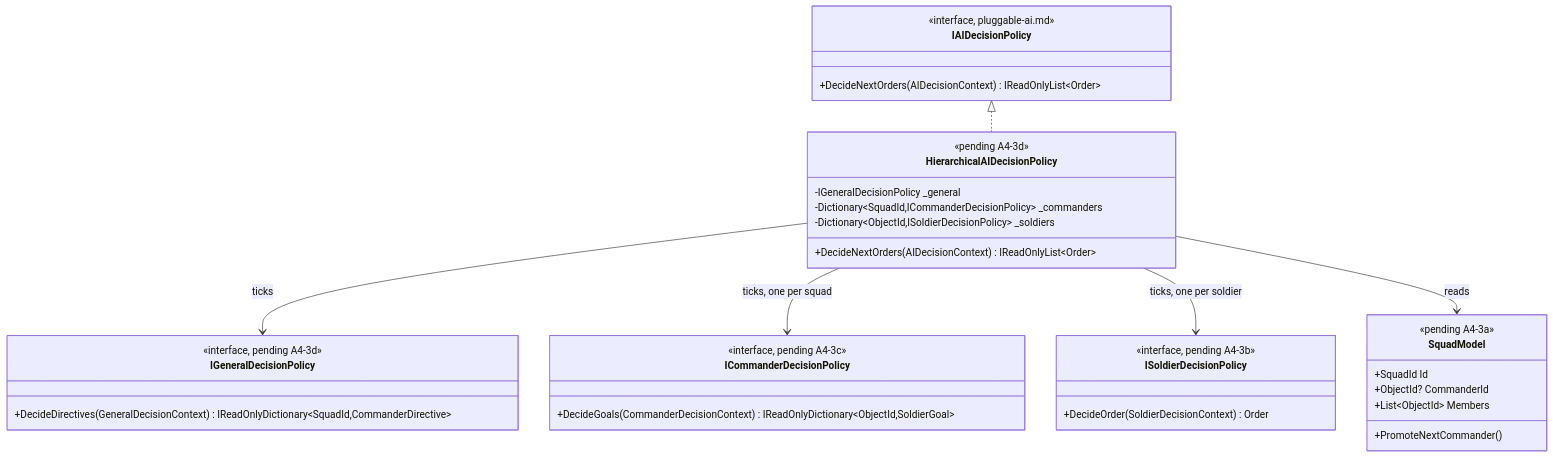
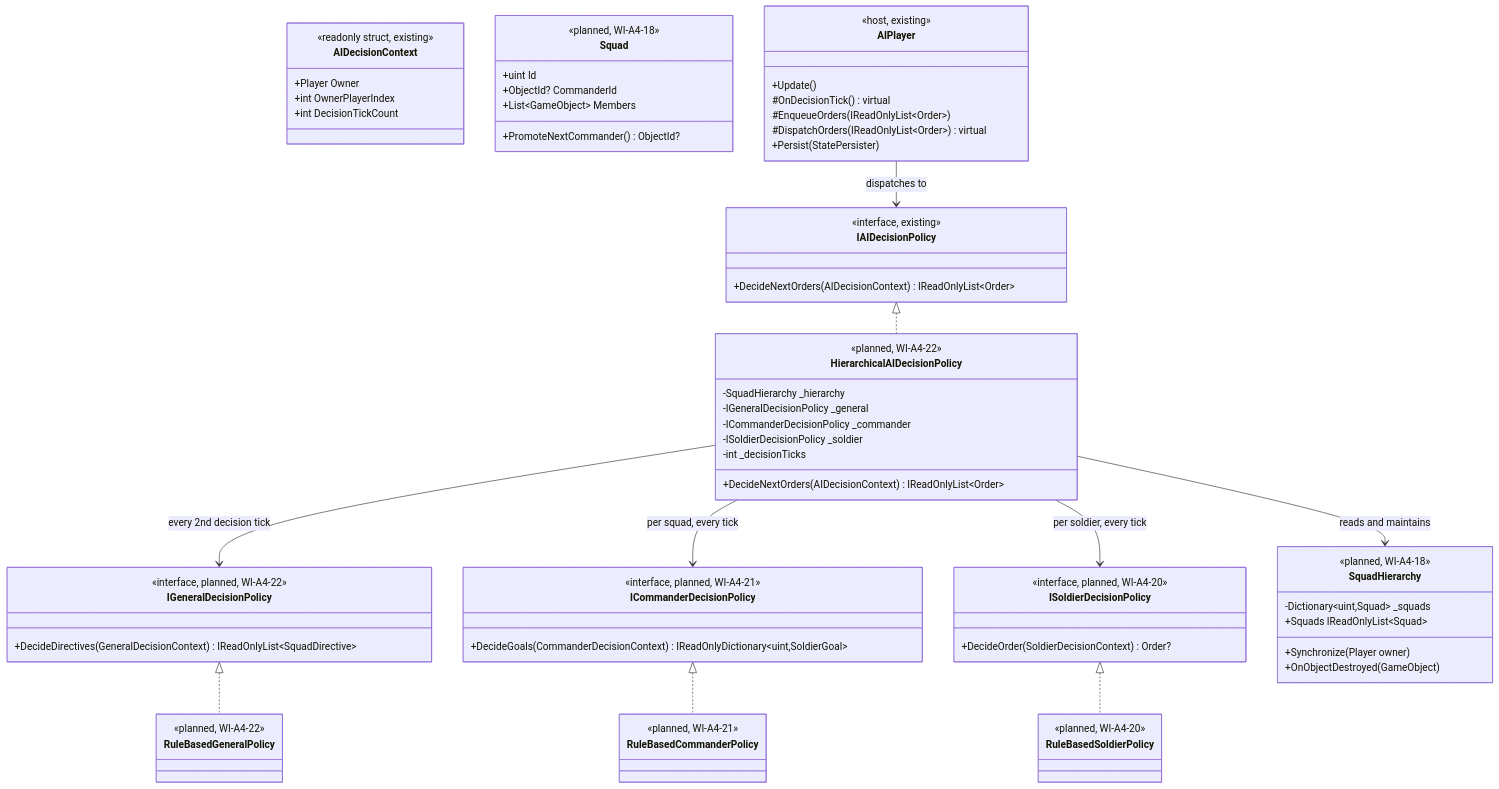
Before and after one commit to rmessinger/Panopticon: the first of 2 diagrams in docs/roadmap/deep-dives/a4-decentralized-hierarchical-ai.md, drawn with Mermaid. The commit also changed other lines of this file and 1 other file, not shown here.

Commit message:
WI-A4-17: ground hierarchical AI design and diagrams

````diff
--- a/docs/roadmap/deep-dives/a4-decentralized-hierarchical-ai.md
+++ b/docs/roadmap/deep-dives/a4-decentralized-hierarchical-ai.md
@@ -268,44 +289,84 @@
 ```mermaid
 classDiagram
   class IAIDecisionPolicy {
-    <<interface, pluggable-ai.md>>
+    <<interface, existing>>
     +DecideNextOrders(AIDecisionContext) IReadOnlyList~Order~
   }
 
+  class AIDecisionContext {
+    <<readonly struct, existing>>
+    +Player Owner
+    +int OwnerPlayerIndex
+    +int DecisionTickCount
+  }
+
   class HierarchicalAIDecisionPolicy {
-    <<pending A4-3d>>
+    <<planned, WI-A4-22>>
+    -SquadHierarchy _hierarchy
     -IGeneralDecisionPolicy _general
-    -Dictionary~SquadId,ICommanderDecisionPolicy~ _commanders
-    -Dictionary~ObjectId,ISoldierDecisionPolicy~ _soldiers
+    -ICommanderDecisionPolicy _commander
+    -ISoldierDecisionPolicy _soldier
+    -int _decisionTicks
     +DecideNextOrders(AIDecisionContext) IReadOnlyList~Order~
   }
 
   class IGeneralDecisionPolicy {
-    <<interface, pending A4-3d>>
-    +DecideDirectives(GeneralDecisionContext) IReadOnlyDictionary~SquadId,CommanderDirective~
+    <<interface, planned, WI-A4-22>>
+    +DecideDirectives(GeneralDecisionContext) IReadOnlyList~SquadDirective~
   }
 
   class ICommanderDecisionPolicy {
-    <<interface, pending A4-3c>>
-    +DecideGoals(CommanderDecisionContext) IReadOnlyDictionary~ObjectId,SoldierGoal~
+    <<interface, planned, WI-A4-21>>
+    +DecideGoals(CommanderDecisionContext) IReadOnlyDictionary~uint,SoldierGoal~
   }
 
   class ISoldierDecisionPolicy {
-    <<interface, pending A4-3b>>
-    +DecideOrder(SoldierDecisionContext) Order
+    <<interface, planned, WI-A4-20>>
+    +DecideOrder(SoldierDecisionContext) Order?
   }
 
-  class SquadModel {
-    <<pending A4-3a>>
-    +SquadId Id
+  class SquadHierarchy {
+    <<planned, WI-A4-18>>
+    -Dictionary~uint,Squad~ _squads
+    +Synchronize(Player owner)
+    +OnObjectDestroyed(GameObject)
+    +Squads IReadOnlyList~Squad~
+  }
+
+  class Squad {
+    <<planned, WI-A4-18>>
+    +uint Id
     +ObjectId? CommanderId
-    +List~ObjectId~ Members
-    +PromoteNextCommander()
+    +List~GameObject~ Members
+    +PromoteNextCommander() ObjectId?
+  }
+
+  class RuleBasedGeneralPolicy {
+    <<planned, WI-A4-22>>
+  }
+  class RuleBasedCommanderPolicy {
+    <<planned, WI-A4-21>>
+  }
+  class RuleBasedSoldierPolicy {
+    <<planned, WI-A4-20>>
+  }
+
+  class AIPlayer {
+    <<host, existing>>
+    +Update()
+    #OnDecisionTick() virtual
+    #EnqueueOrders(IReadOnlyList~Order~)
+    #DispatchOrders(IReadOnlyList~Order~) virtual
+    +Persist(StatePersister)
   }
 
   IAIDecisionPolicy <|.. HierarchicalAIDecisionPolicy
-  HierarchicalAIDecisionPolicy --> IGeneralDecisionPolicy : ticks
-  HierarchicalAIDecisionPolicy --> ICommanderDecisionPolicy : ticks, one per squad
-  HierarchicalAIDecisionPolicy --> ISoldierDecisionPolicy : ticks, one per soldier
-  HierarchicalAIDecisionPolicy --> SquadModel : reads
+  HierarchicalAIDecisionPolicy --> IGeneralDecisionPolicy : every 2nd decision tick
+  HierarchicalAIDecisionPolicy --> ICommanderDecisionPolicy : per squad, every tick
+  HierarchicalAIDecisionPolicy --> ISoldierDecisionPolicy : per soldier, every tick
+  HierarchicalAIDecisionPolicy --> SquadHierarchy : reads and maintains
+  IGeneralDecisionPolicy <|.. RuleBasedGeneralPolicy
+  ICommanderDecisionPolicy <|.. RuleBasedCommanderPolicy
+  ISoldierDecisionPolicy <|.. RuleBasedSoldierPolicy
+  AIPlayer --> IAIDecisionPolicy : dispatches to
 ```
````
